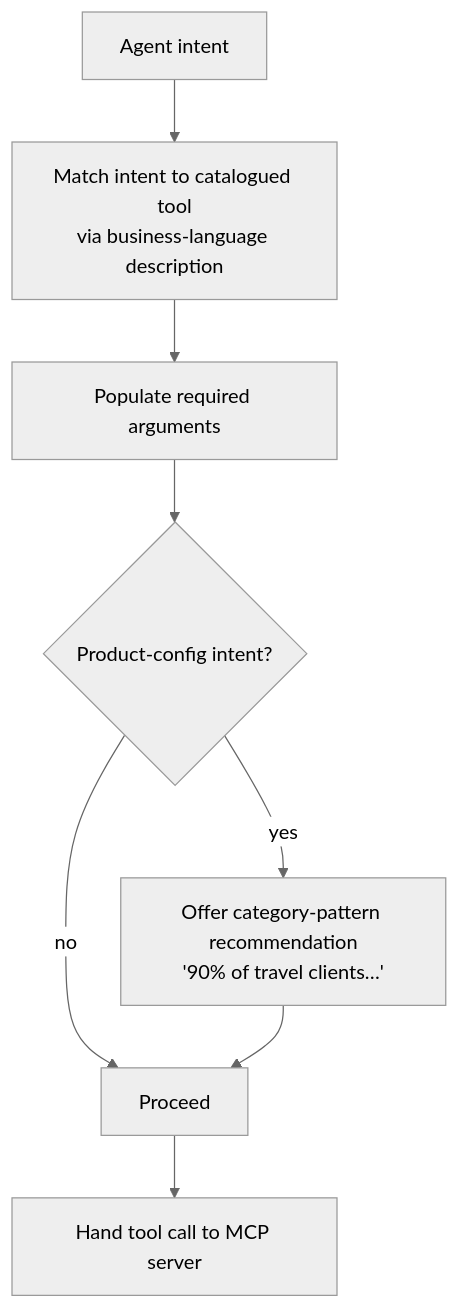
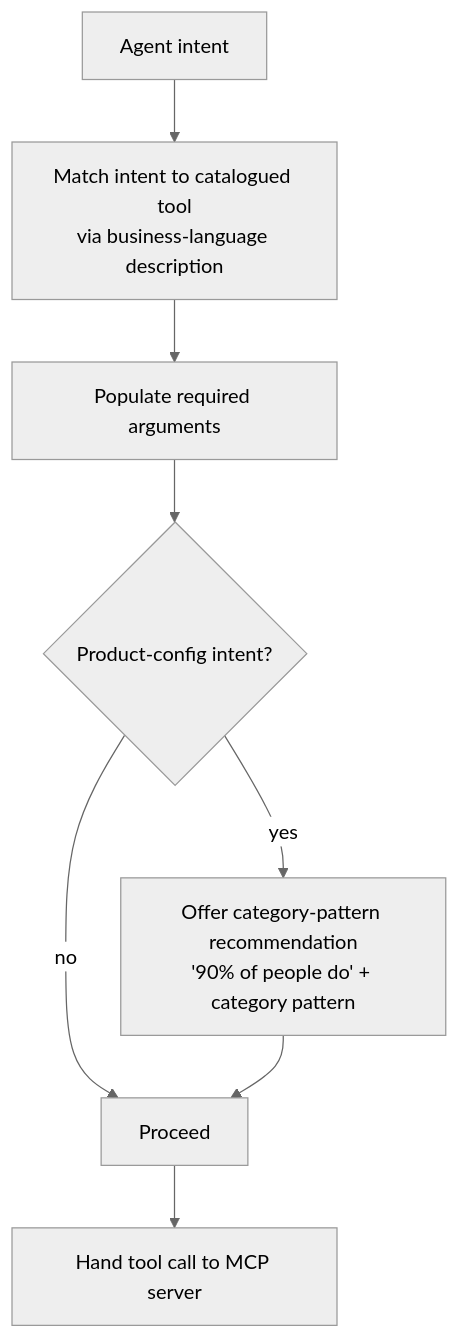
The diagram in content/components/agent-access-layer/sub-components/tool-catalogue.md (Novosapien/txn-vault), drawn with Mermaid (neutral theme) before and after one commit. The commit also changed other lines of this file and 18 other files, not shown here.

````diff
--- a/content/components/agent-access-layer/sub-components/tool-catalogue.md
+++ b/content/components/agent-access-layer/sub-components/tool-catalogue.md
@@ -79,10 +80,10 @@
 ```mermaid
 graph TD
     A[Agent intent] --> B[Match intent to catalogued tool<br/>via business-language description]
     B --> C[Populate required arguments]
     C --> D{Product-config intent?}
-    D -->|yes| E[Offer category-pattern recommendation<br/>'90% of travel clients…']
+    D -->|yes| E[Offer category-pattern recommendation<br/>'90% of people do' + category pattern]
     D -->|no| F[Proceed]
     E --> F
     F --> G[Hand tool call to MCP server]
 ```
````
